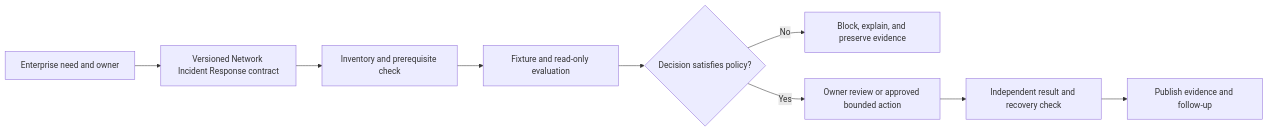
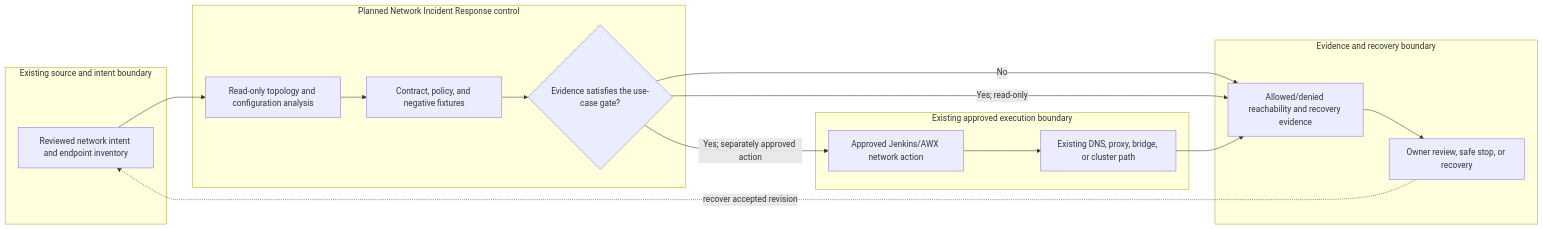
The diagram in docs/use-cases/network/UC-NET-030-network-incident-response.md (MIDHTECH/enterprise-architecture-docs), drawn with Mermaid before and after one commit. The commit also changed other lines of this file and 227 other files, not shown here.

Commit message:
Deepen architecture for all use case designs

````diff
--- a/docs/use-cases/network/UC-NET-030-network-incident-response.md
+++ b/docs/use-cases/network/UC-NET-030-network-incident-response.md
@@ -136,11 +129,25 @@
 ```mermaid
 flowchart LR
-    Need["Enterprise need and owner"] --> Contract["Versioned Network Incident Response contract"]
-    Contract --> Preflight["Inventory and prerequisite check"]
-    Preflight --> Evaluate["Fixture and read-only evaluation"]
-    Evaluate --> Decision{"Decision satisfies policy?"}
-    Decision -->|No| Stop["Block, explain, and preserve evidence"]
-    Decision -->|Yes| Review["Owner review or approved bounded action"]
-    Review --> Verify["Independent result and recovery check"]
-    Verify --> Publish["Publish evidence and follow-up"]
+    subgraph Source["Existing source and intent boundary"]
+        A["Reviewed network intent and endpoint inventory"]
+    end
+    subgraph Planned["Planned Network Incident Response control"]
+        B["Read-only topology and configuration analysis"]
+        C["Contract, policy, and negative fixtures"]
+        D{"Evidence satisfies the use-case gate?"}
+    end
+    subgraph Runtime["Existing approved execution boundary"]
+        E["Approved Jenkins/AWX network action"]
+        F["Existing DNS, proxy, bridge, or cluster path"]
+    end
+    subgraph Assurance["Evidence and recovery boundary"]
+        G["Allowed/denied reachability and recovery evidence"]
+        H["Owner review, safe stop, or recovery"]
+    end
+
+    A --> B --> C --> D
+    D -->|No| G --> H
+    D -->|Yes; read-only| G
+    D -->|Yes; separately approved action| E --> F --> G
+    H -. recover accepted revision .-> A
 ```
````
